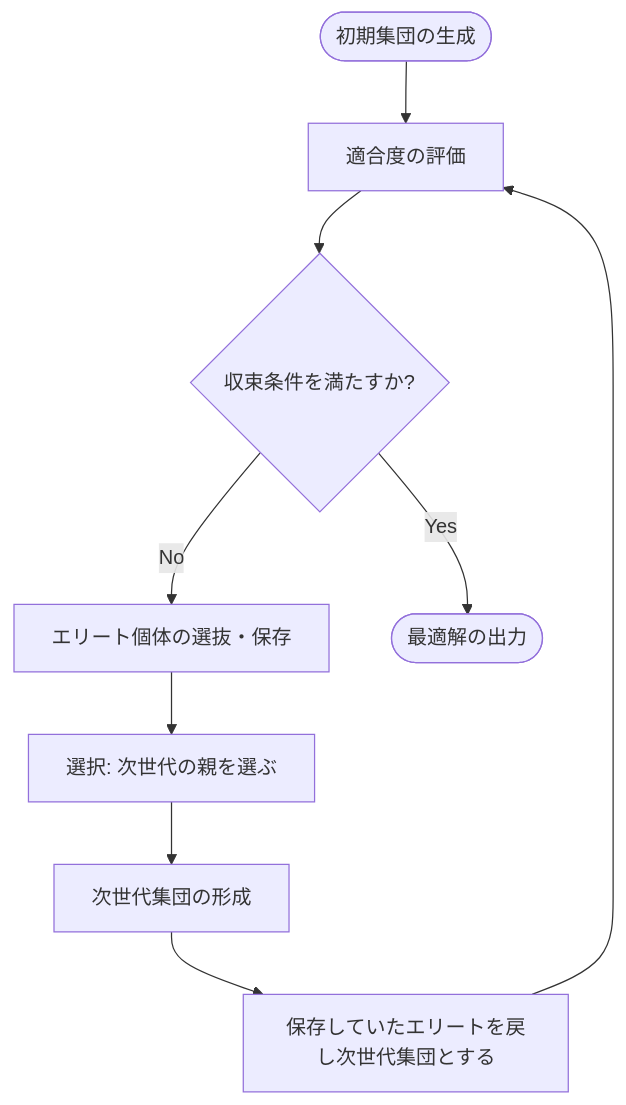
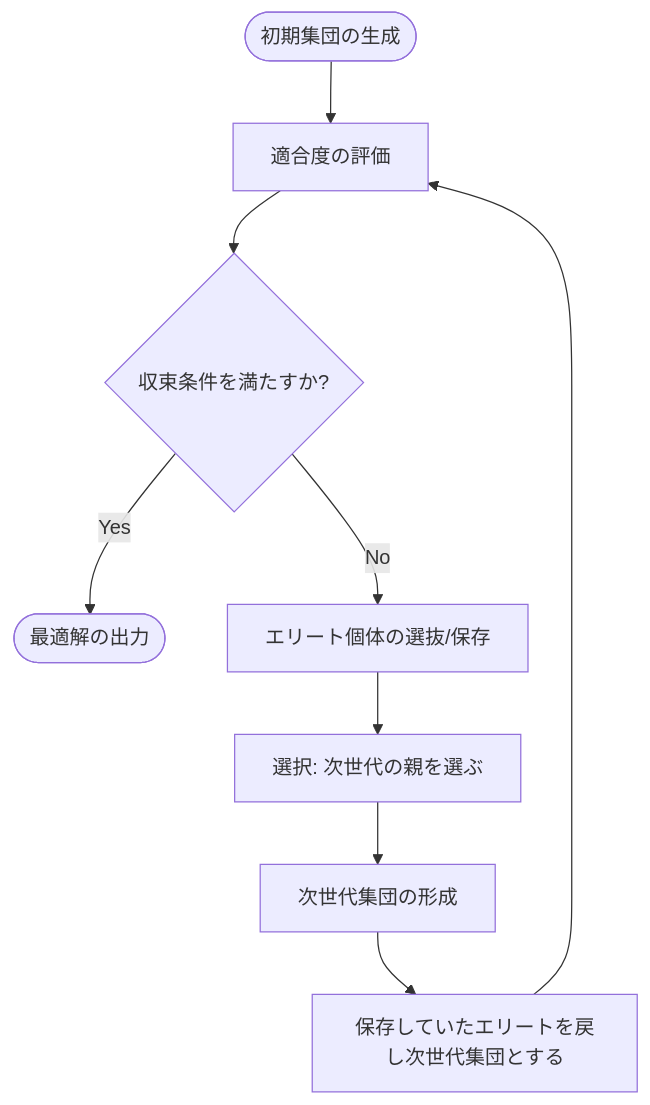
Before and after one commit to GooBitGitKome/my-portfolio: the third of 4 diagrams in docs/Optimization/Genetic Algorithm in Python.md, drawn with Mermaid.

Commit message:
Modify mermaild codes

````diff
--- a/docs/Optimization/Genetic Algorithm in Python.md
+++ b/docs/Optimization/Genetic Algorithm in Python.md
@@ -143,11 +143,11 @@
 ```mermaid
 graph TD
     Start([初期集団の生成]) --> Eval[適合度の評価]
     Eval --> Stop{収束条件を満たすか?}
-    Stop -- No --> Elite[エリート個体の選抜・保存]
     Stop -- Yes --> End([最適解の出力])
+    Stop -- No --> Elite[エリート個体の選抜/保存]
     Elite --> Select["選択: 次世代の親を選ぶ"]
     Select --> Replace["次世代集団の形成"]
     Replace --> Recover["保存していたエリートを戻し次世代集団とする"]
     Recover --> Eval
 ```
````
